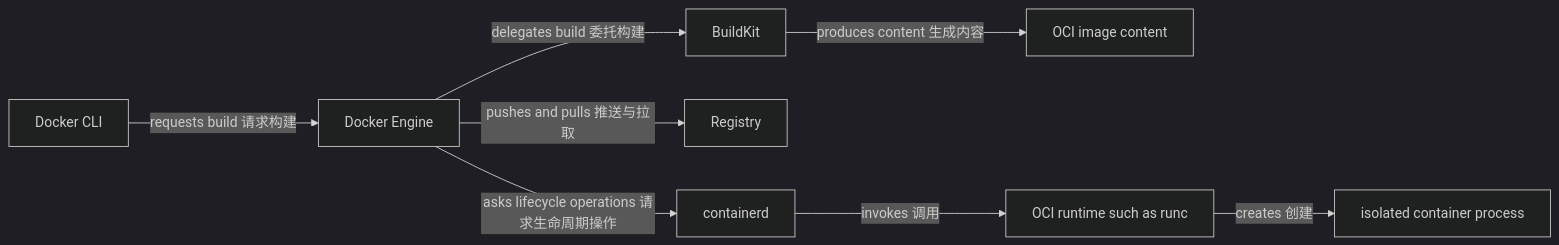
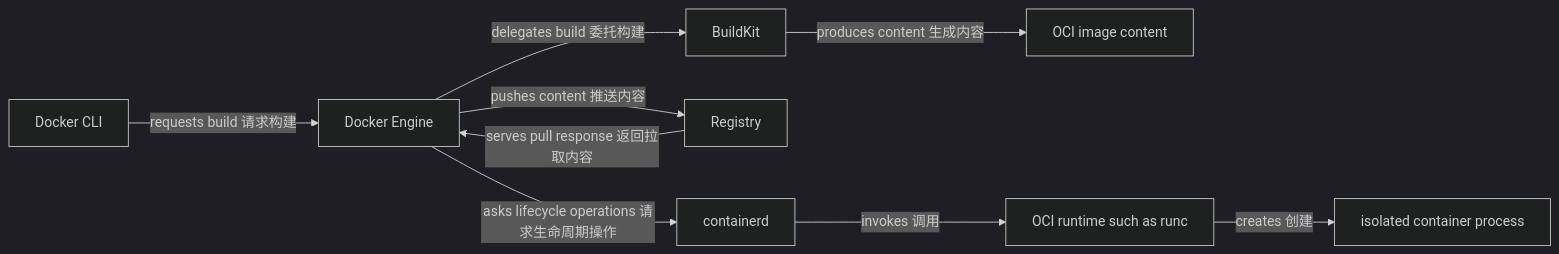
Before and after one commit to liufashi-Mr/cloud-native-docs: the diagram in docs/docker-oci/index.md, drawn with Mermaid (dark theme). The commit also changed other lines of this file, not shown here.

Commit message:
fix: complete Docker OCI overview links

````diff
--- a/docs/docker-oci/index.md
+++ b/docs/docker-oci/index.md
@@ -7,10 +7,11 @@
 ```mermaid
 flowchart LR
   CLI["Docker CLI"] -->|requests build 请求构建| DE["Docker Engine"]
   DE -->|delegates build 委托构建| BK["BuildKit"]
   BK -->|produces content 生成内容| IMG["OCI image content"]
-  DE -->|pushes and pulls 推送与拉取| REG["Registry"]
+  DE -->|pushes content 推送内容| REG["Registry"]
+  REG -->|serves pull response 返回拉取内容| DE
   DE -->|asks lifecycle operations 请求生命周期操作| CD["containerd"]
   CD -->|invokes 调用| RT["OCI runtime such as runc"]
   RT -->|creates 创建| PROC["isolated container process"]
 ```
````
